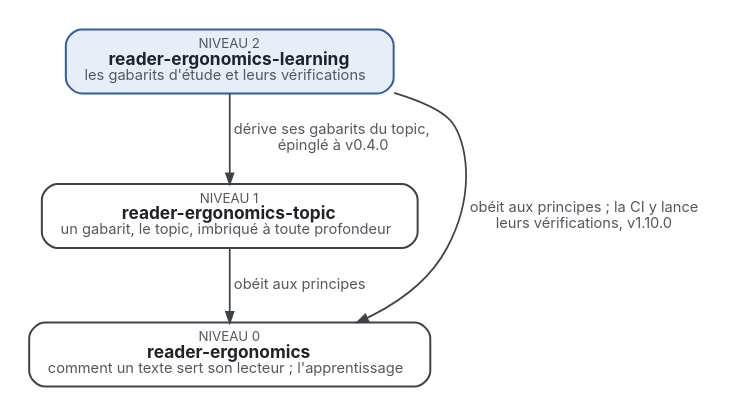
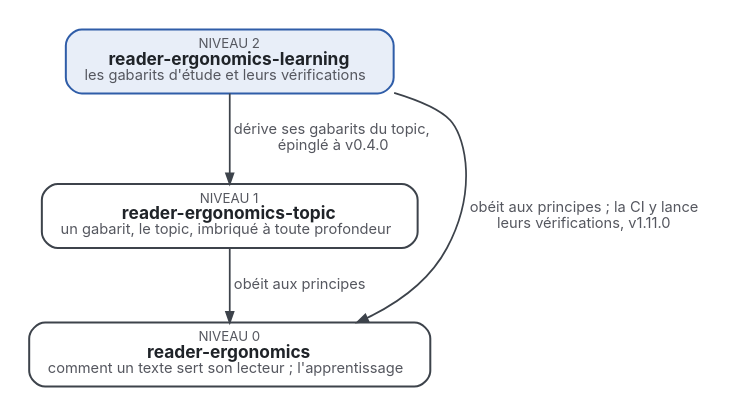
Before and after one commit to Tewf/reader-ergonomics-learning: the diagram in where-it-sits.fr.dot, drawn with Graphviz. The commit also changed 30 other files, not shown here.

```diff
--- a/where-it-sits.fr.dot
+++ b/where-it-sits.fr.dot
@@ -1,11 +1,11 @@
 digraph niveaux {
   graph [rankdir=TB, nodesep=0.6, ranksep=0.6, bgcolor="white", pad=0.2, fontname="Inter"];
   node  [shape=box, style="rounded,filled", fontname="Inter", fontsize=13, margin="0.2,0.1", penwidth=1.5, fontcolor="#1F2328"];
   edge  [fontname="Inter", fontsize=11, color="#3D434B", fontcolor="#55575F", penwidth=1.3, arrowsize=0.8];
   L [label=<<font point-size="10" color="#55575F">NIVEAU 2</font><br/><b>reader-ergonomics-learning</b><br/><font point-size="11" color="#55575F">les gabarits d'étude et leurs vérifications</font>>, fillcolor="#E8EEF8", color="#2F5DA8"];
   T [label=<<font point-size="10" color="#55575F">NIVEAU 1</font><br/><b>reader-ergonomics-topic</b><br/><font point-size="11" color="#55575F">un gabarit, le topic, imbriqué à toute profondeur</font>>, fillcolor="#FFFFFF", color="#3D434B"];
   R [label=<<font point-size="10" color="#55575F">NIVEAU 0</font><br/><b>reader-ergonomics</b><br/><font point-size="11" color="#55575F">comment un texte sert son lecteur ; l'apprentissage</font>>, fillcolor="#FFFFFF", color="#3D434B"];
   L -> T [label=<  dérive ses gabarits du topic,<br/>  épinglé à v0.4.0>];
   T -> R [label=<  obéit aux principes>];
-  L -> R [label=<  obéit aux principes ; la CI y lance<br/>  leurs vérifications, v1.10.0>, constraint=false];
+  L -> R [label=<  obéit aux principes ; la CI y lance<br/>  leurs vérifications, v1.11.0>, constraint=false];
 }
```
